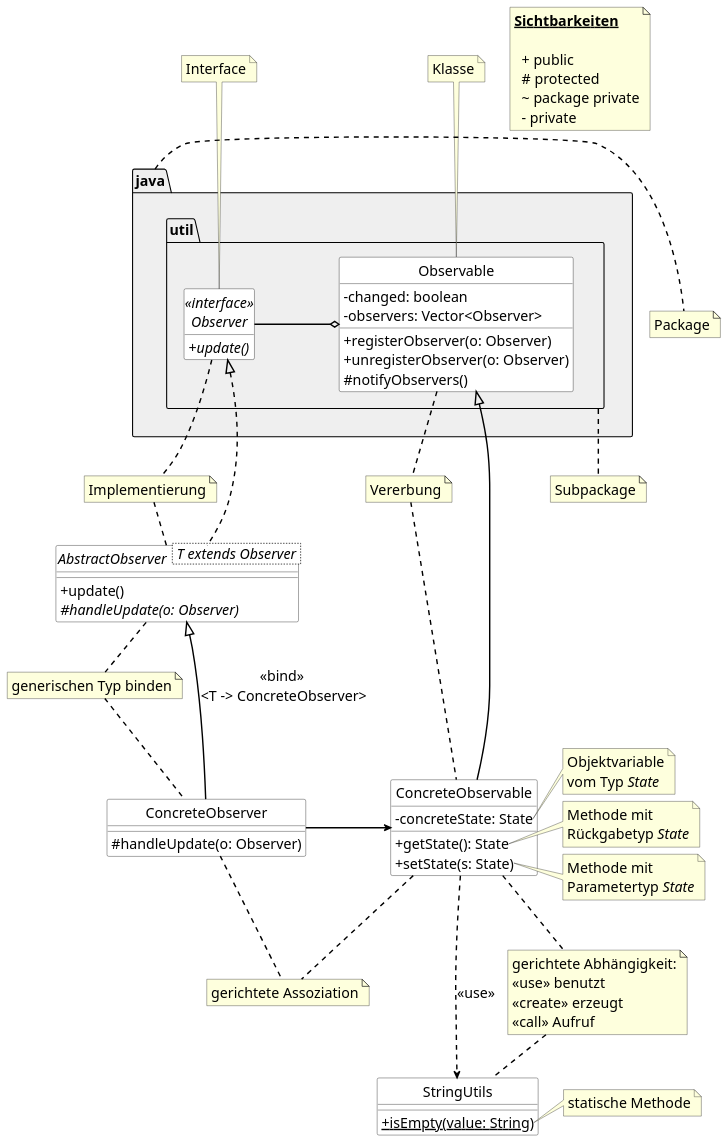
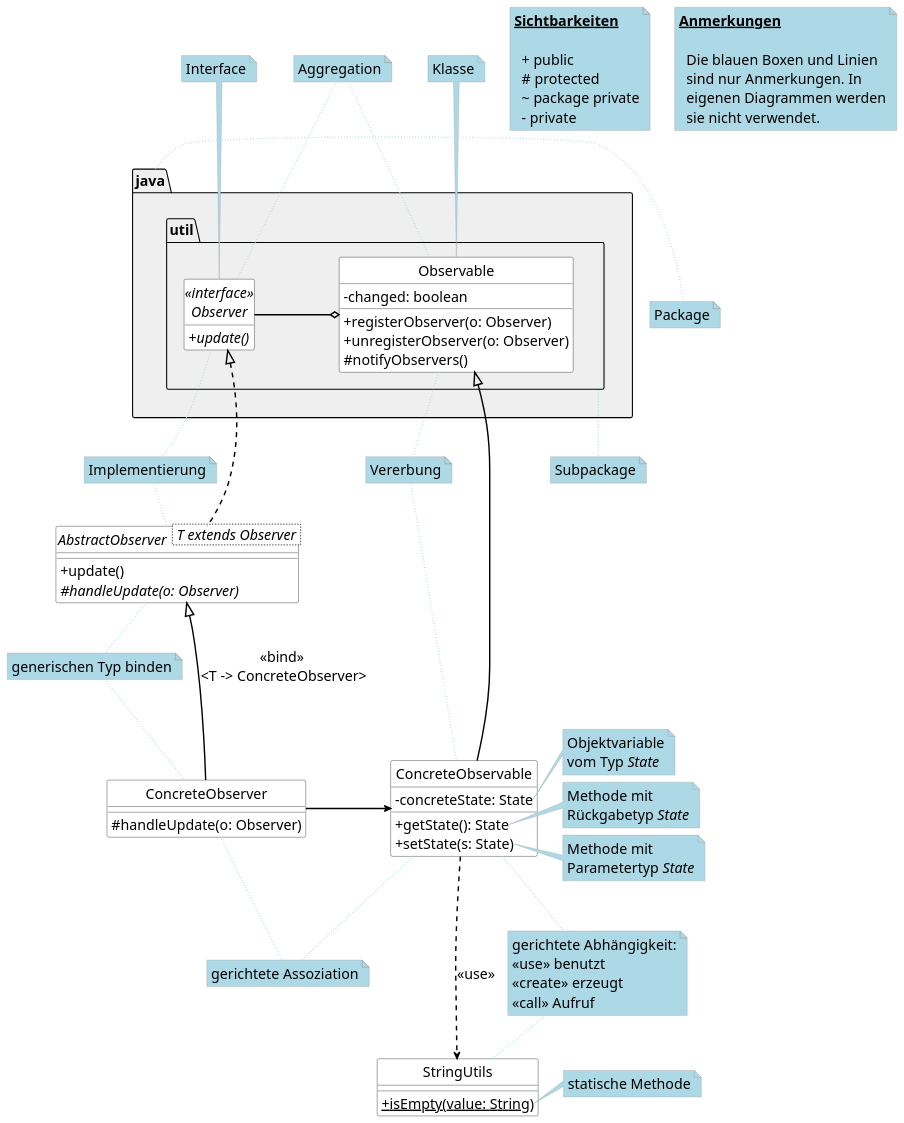
One commit to uhafner/codingstyle changed the diagram in doc/uml/class-diagram-technical.puml. Above: the diagram before and after it, drawn with PlantUML.

Commit message:
Add note for aggregation
Also change the styling of notes so that users of this
legend will not include those notes in their own diagrams.

```diff
--- a/doc/uml/class-diagram-technical.puml
+++ b/doc/uml/class-diagram-technical.puml
@@ -1,133 +1,157 @@
 @startuml
 
 skinparam package {
   BackgroundColor #efefef
   BorderColor #a0a0a0
   BackgroundColor<<Main>> gold
   BorderColor black
   ArrowColor black
   FontName Arial Unicode MS
   FontSize 20
 }
 
 skinparam class {
   BackgroundColor #white
   BorderColor #f4f4f4
   BackgroundColor<<Main>> gold
   BorderColor black
   ArrowColor black
   FontName Arial Unicode MS
   FontSize 20
 }
+
+skinparam note {
+  BackgroundColor LightBlue
+  BorderColor #a0a0a0
+  FontName Arial
+  FontSize 14
+  FontColor black
+  RoundCorner 15
+  LineType solid
+}
+
 skinparam classFontSize 24
 skinparam classAttributeIconSize 0
 skinparam defaultFontSize 20
 
 skinparam ArrowColor black
 skinparam ArrowThickness 2
 
 hide circle
 
 package java.util {
     class Observable {
         - changed: boolean
-        - observers: Vector<Observer>
         +registerObserver(o: Observer)
         +unregisterObserver(o: Observer)
         #notifyObservers()
     }
 
     interface Observer <<interface>> {
         +update() {abstract}
     }
 }
-
-note "Package" as Package
-note "Subpackage" as Subpackage
-note "Klasse" as Class
-note "Interface" as Interface
-note "Vererbung" as Vererbung
-note "Implementierung" as Implementierung
-note "gerichtete Assoziation" as Assoziation
-note "generischen Typ binden" as Generics
-note "gerichtete Abhängigkeit:\n<<use>> benutzt\n<<create>> erzeugt\n<<call>> Aufruf" as Dependency
 
 class ConcreteObservable {
     -concreteState: State
     +getState(): State
     +setState(s: State)
 }
 
 Observable <|-- ConcreteObservable
 
 hide interface fields
 
 abstract class AbstractObserver < T extends Observer >  {
     +update()
     #handleUpdate(o: Observer) {abstract}
 }
 
 class ConcreteObserver {
     #handleUpdate(o: Observer)
 }
 
 class StringUtils {
     +isEmpty(value: String) {static}
 }
 
+Observable o- Observer : \t\t
+
+Observer <|.. AbstractObserver
+AbstractObserver <|-- ConcreteObserver : <<bind>> \n<T -> ConcreteObserver>
+ConcreteObservable <-left- ConcreteObserver : \t\t
+ConcreteObservable .down.> StringUtils : <<use>>
+
+' Notes
+
+note "Package" as Package
+note "Subpackage" as Subpackage
+note "Klasse" as Class
+note "Interface" as Interface
+note "Vererbung" as Vererbung
+note "Implementierung" as Implementierung
+note "gerichtete Assoziation" as Assoziation
+note "generischen Typ binden" as Generics
+note "gerichtete Abhängigkeit:\n<<use>> benutzt\n<<create>> erzeugt\n<<call>> Aufruf" as Dependency
+note "Aggregation" as Aggregation
+
+java .right[#lightblue,dotted]. Package
+util .down[#lightblue,dotted]. Subpackage
+Observable .up. Class
+Observable .[#lightblue,dotted]. Vererbung
+ConcreteObservable .up[#lightblue,dotted]. Vererbung
+Observer .up. Interface
+
+Observer .up[#lightblue,dotted]. Aggregation
+Aggregation .up[#lightblue,dotted]. Observable
+
+Observer .down[#lightblue,dotted]. Implementierung
+AbstractObserver .up[#lightblue,dotted]. Implementierung
+
+ConcreteObserver .down[#lightblue,dotted]. Assoziation
+ConcreteObservable .down[#lightblue,dotted]. Assoziation
+
+ConcreteObserver .up[#lightblue,dotted]. Generics
+AbstractObserver .down[#lightblue,dotted]. Generics
+
+ConcreteObservable .[#lightblue,dotted]. Dependency
+StringUtils .up[#lightblue,dotted]. Dependency
+
 note right of ConcreteObservable::concreteState
   Objektvariable
   vom Typ <i>State</i>
 end note
 
 note right of ConcreteObservable::getState
   Methode mit
   Rückgabetyp <i>State</i>
 end note
 
 note right of ConcreteObservable::setState
   Methode mit
   Parametertyp <i>State</i>
 end note
 
-
-Observable o- Observer : \t\t
-
-Observer <|.. AbstractObserver
-AbstractObserver <|-- ConcreteObserver : <<bind>> \n<T -> ConcreteObserver>
-ConcreteObservable <-left- ConcreteObserver : \t\t
-
-java .right. Package
-util .down. Subpackage
-Observable .up. Class
-Observable .. Vererbung
-ConcreteObservable .up. Vererbung
-Observer .up. Interface
-
-Observer .down. Implementierung
-AbstractObserver .up. Implementierung
-
-ConcreteObserver .down. Assoziation
-ConcreteObservable .down. Assoziation
-ConcreteObservable .down.> StringUtils : <<use>>
-
-ConcreteObserver .up. Generics
-AbstractObserver .down. Generics
-
-ConcreteObservable .down. Dependency
-StringUtils .up. Dependency
-
 note right of StringUtils::isEmpty
   statische Methode
 end note
 
 note as floating
   <u><b>Sichtbarkeiten</b></u>
 
     + public
     # protected
     ~ package private
     - private
 end note
 
+note as notes
+  <u><b>Anmerkungen</b></u>
+
+    Die blauen Boxen und Linien
+    sind nur Anmerkungen. In
+    eigenen Diagrammen werden
+    sie nicht verwendet.
+end note
+
 @enduml
```
